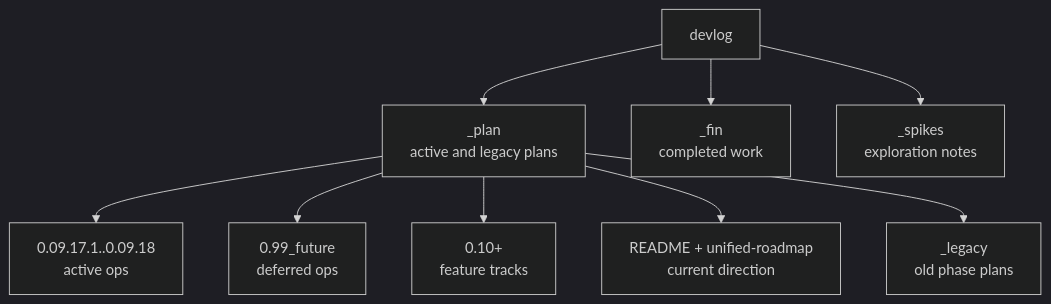
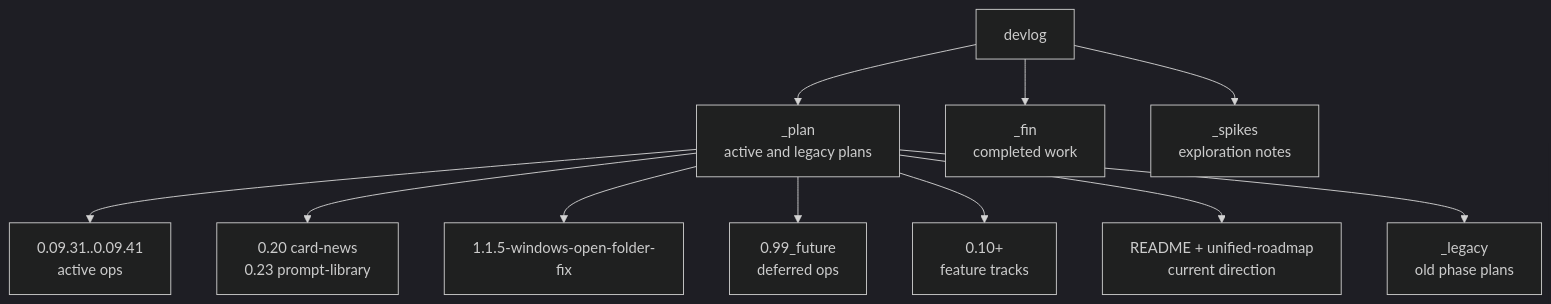
The diagram in structure/07-devlog-map.md (ChatPoongKun/ima2-gen), drawn with Mermaid (dark theme) before and after one commit. The commit also changed other lines of this file and 26 other files, not shown here.

Commit message:
feat: add multimode sequence generation

````diff
--- a/structure/07-devlog-map.md
+++ b/structure/07-devlog-map.md
@@ -19,11 +19,13 @@
 ```mermaid
 graph TD
     DEV["devlog"] --> PLAN["_plan<br/>active and legacy plans"]
     DEV --> FIN["_fin<br/>completed work"]
     DEV --> SPIKES["_spikes<br/>exploration notes"]
-    PLAN --> ACTIVE["0.09.17.1..0.09.18<br/>active ops"]
+    PLAN --> ACTIVE["0.09.31..0.09.41<br/>active ops"]
+    PLAN --> FEAT["0.20 card-news<br/>0.23 prompt-library"]
+    PLAN --> PATCH["1.1.5-windows-open-folder-fix"]
     PLAN --> FUTURE["0.99_future<br/>deferred ops"]
     PLAN --> FOLLOW["0.10+<br/>feature tracks"]
     PLAN --> ROAD["README + unified-roadmap<br/>current direction"]
     PLAN --> LEGACY["_legacy<br/>old phase plans"]
 ```
````
